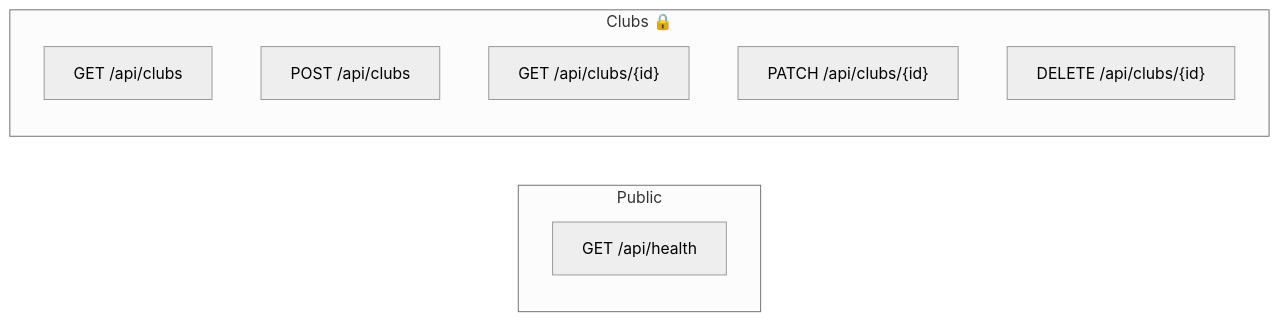
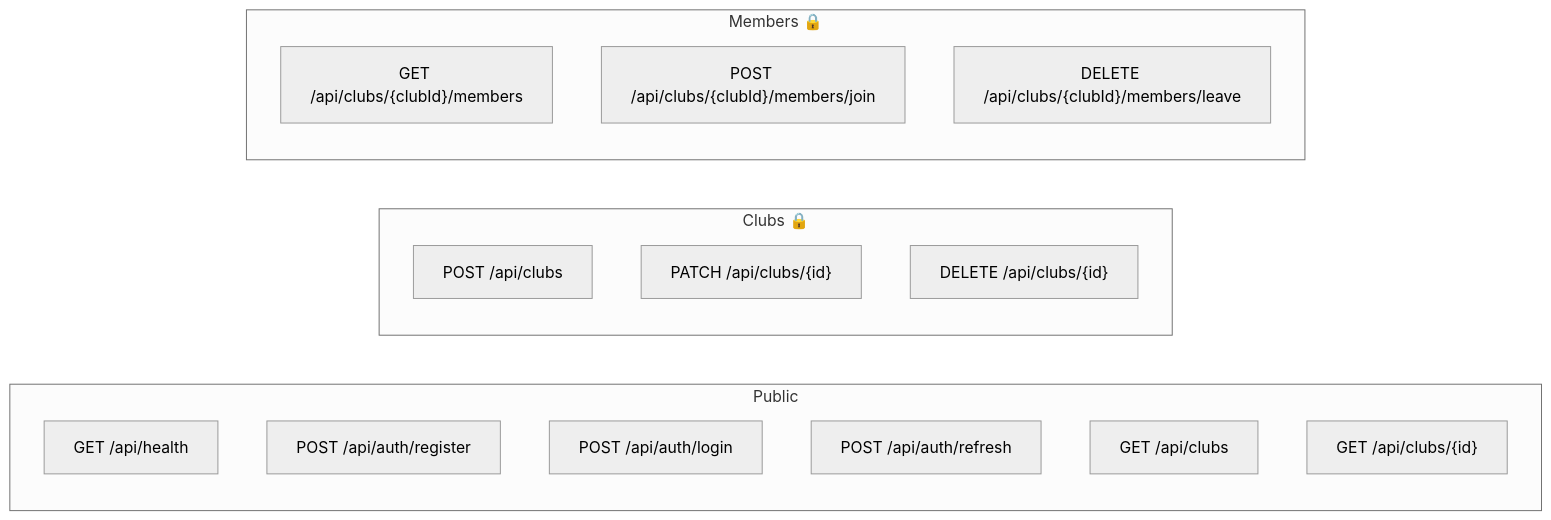
The third of 5 diagrams in docs/architecture.md (luisgrandegg/club-manager), drawn with Mermaid (neutral theme) before and after one commit. The commit also changed other lines of this file and 46 other files, not shown here.

First line of the commit message:
feat: implement full backlog — auth, dashboard, club detail, public site (#12)

````diff
--- a/docs/architecture.md
+++ b/docs/architecture.md
@@ -80,13 +80,21 @@
 ```mermaid
 graph LR
     subgraph Public
         N1["GET /api/health"]
+        N2["POST /api/auth/register"]
+        N3["POST /api/auth/login"]
+        N4["POST /api/auth/refresh"]
+        N5["GET /api/clubs"]
+        N7["GET /api/clubs/{id}"]
     end
     subgraph clubs["Clubs 🔒"]
-        N2["GET /api/clubs"]
-        N3["POST /api/clubs"]
-        N4["GET /api/clubs/{id}"]
-        N5["PATCH /api/clubs/{id}"]
-        N6["DELETE /api/clubs/{id}"]
+        N6["POST /api/clubs"]
+        N8["PATCH /api/clubs/{id}"]
+        N9["DELETE /api/clubs/{id}"]
+    end
+    subgraph members["Members 🔒"]
+        N10["GET /api/clubs/{clubId}/members"]
+        N11["POST /api/clubs/{clubId}/members/join"]
+        N12["DELETE /api/clubs/{clubId}/members/leave"]
     end
 ```
````
